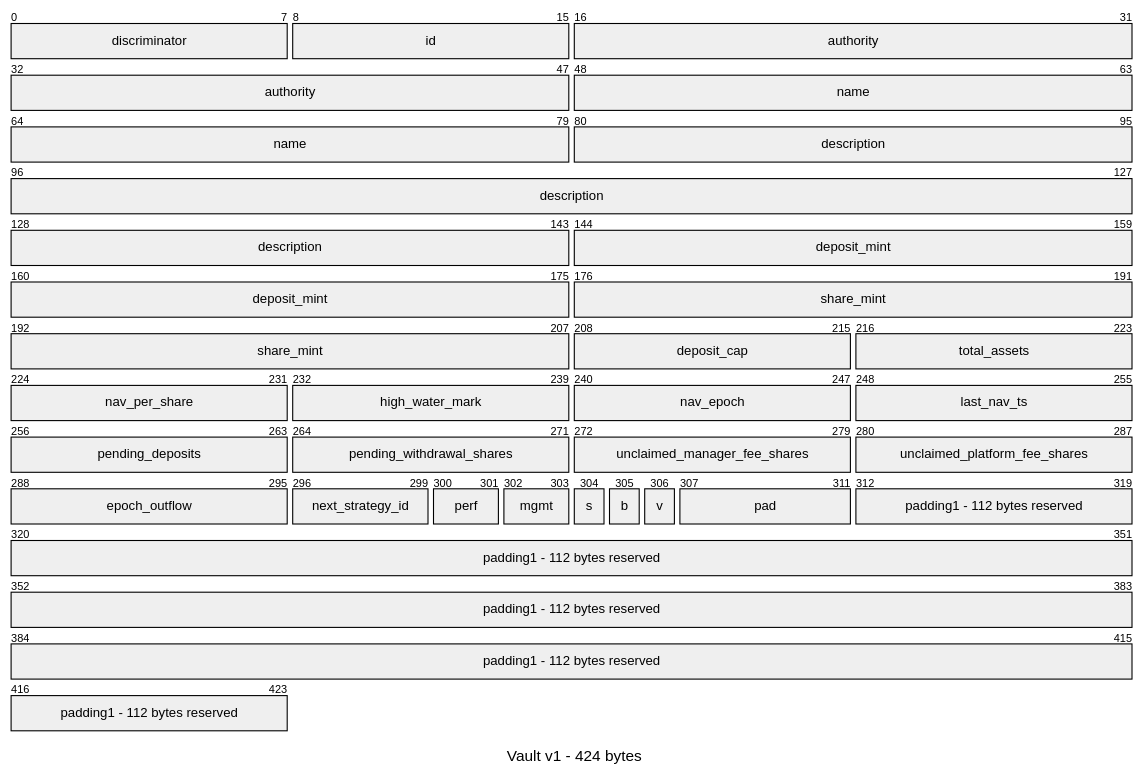
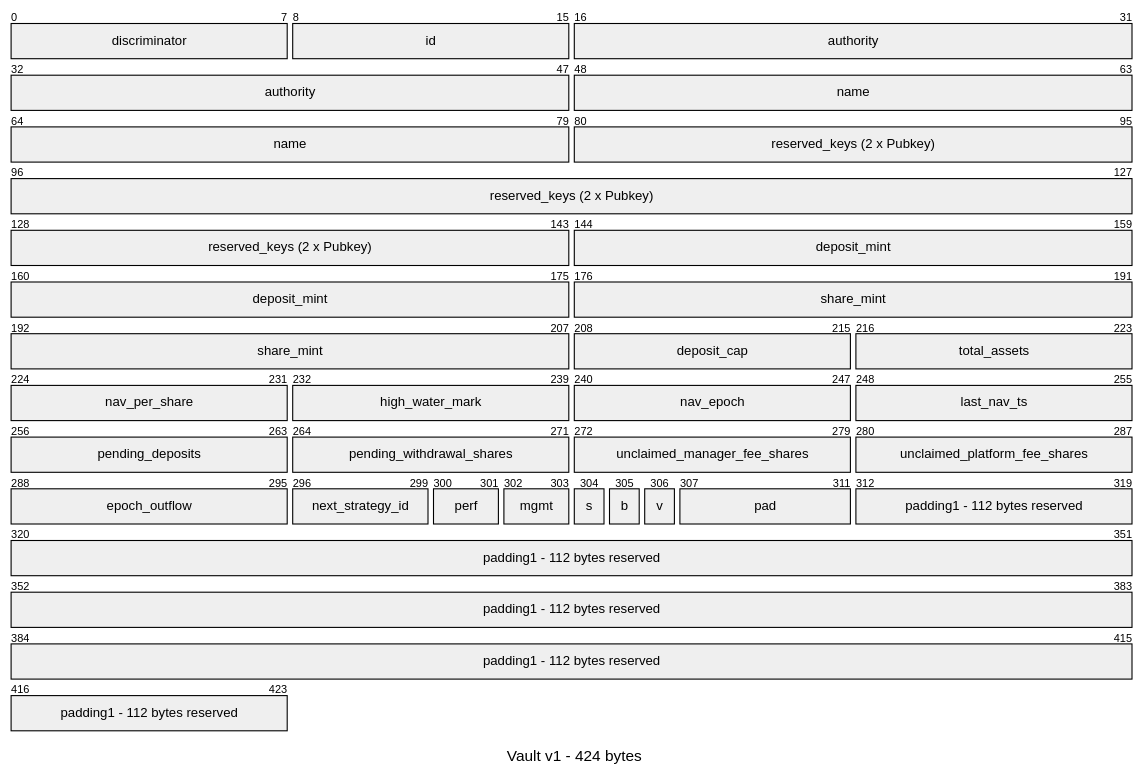
Before and after one commit to HedginVault/programs: the sixth of 21 diagrams in docs/architecture-evolution.md, drawn with Mermaid. The commit also changed other lines of this file and 43 other files, not shown here.

````diff
--- a/docs/architecture-evolution.md
+++ b/docs/architecture-evolution.md
@@ -180,30 +180,30 @@
 ```mermaid
 packet-beta
 title Vault v1 - 424 bytes
 0-7: "discriminator"
 8-15: "id"
 16-47: "authority"
 48-79: "name"
-80-143: "description"
+80-143: "reserved_keys (2 x Pubkey)"
 144-175: "deposit_mint"
 176-207: "share_mint"
 208-215: "deposit_cap"
 216-223: "total_assets"
 224-231: "nav_per_share"
 232-239: "high_water_mark"
 240-247: "nav_epoch"
 248-255: "last_nav_ts"
 256-263: "pending_deposits"
 264-271: "pending_withdrawal_shares"
 272-279: "unclaimed_manager_fee_shares"
 280-287: "unclaimed_platform_fee_shares"
 288-295: "epoch_outflow"
 296-299: "next_strategy_id"
 300-301: "perf"
 302-303: "mgmt"
 304: "s"
 305: "b"
 306: "v"
 307-311: "pad"
 312-423: "padding1 - 112 bytes reserved"
 ```
````
